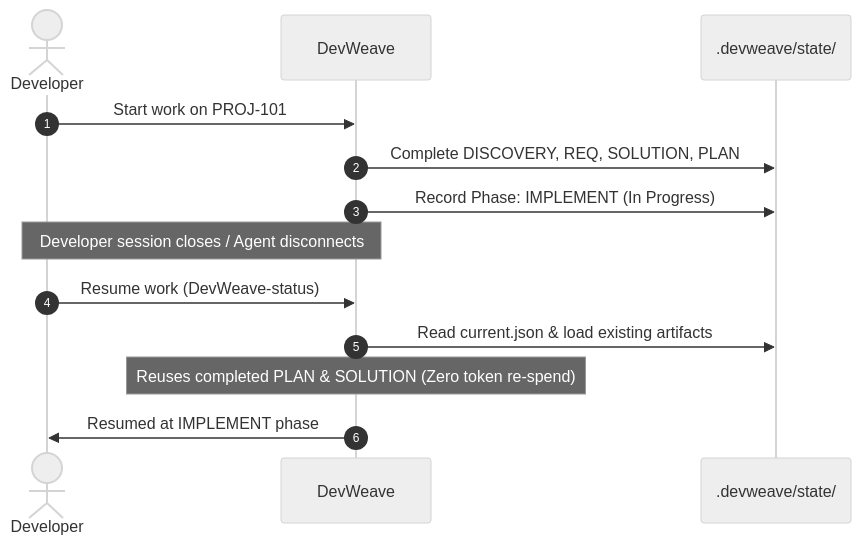
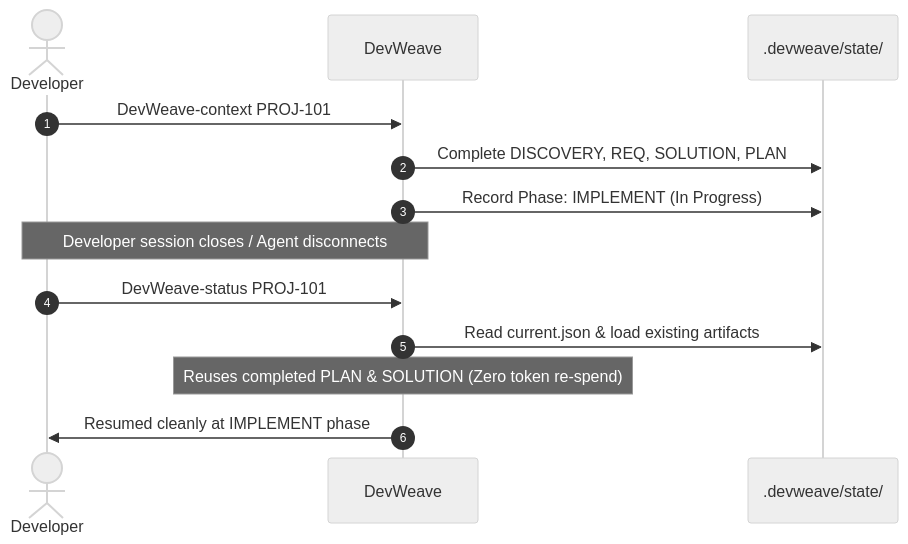
The tenth of 12 diagrams in docs/getting-started.md (paarthivnaik/DevWeave), drawn with Mermaid (neutral theme) before and after one commit. The commit also changed other lines of this file, not shown here.

````diff
--- a/docs/getting-started.md
+++ b/docs/getting-started.md
@@ -246,17 +291,17 @@
 ```mermaid
 sequenceDiagram
     autonumber
     actor Developer
     participant DevWeave
     participant Filesystem as .devweave/state/
     
-    Developer->>DevWeave: Start work on PROJ-101
+    Developer->>DevWeave: DevWeave-context PROJ-101
     DevWeave->>Filesystem: Complete DISCOVERY, REQ, SOLUTION, PLAN
     DevWeave->>Filesystem: Record Phase: IMPLEMENT (In Progress)
     Note over Developer,DevWeave: Developer session closes / Agent disconnects
     
-    Developer->>DevWeave: Resume work (DevWeave-status)
+    Developer->>DevWeave: DevWeave-status PROJ-101
     DevWeave->>Filesystem: Read current.json & load existing artifacts
     Note over DevWeave: Reuses completed PLAN & SOLUTION (Zero token re-spend)
-    DevWeave->>Developer: Resumed at IMPLEMENT phase
+    DevWeave->>Developer: Resumed cleanly at IMPLEMENT phase
 ```
````
